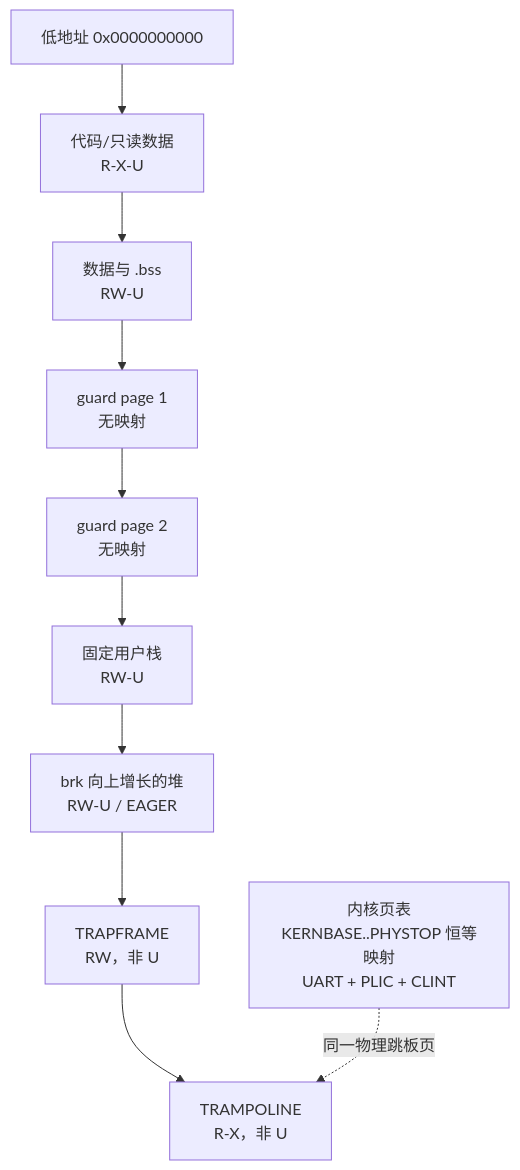
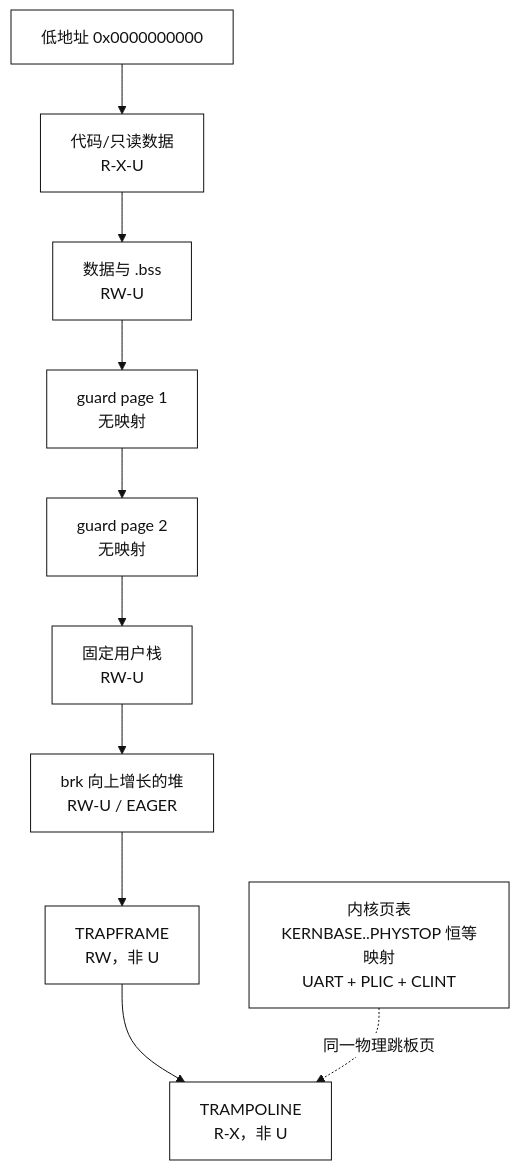
The diagram in doc/lab3/images/lab3-address-space.mmd (hoyuand/2024302111427), drawn with Mermaid before and after one commit. The commit also changed 9 other files, not shown here.

Commit message:
Lab3：优化实验图示并补充真实终端证据

```diff
--- a/doc/lab3/images/lab3-address-space.mmd
+++ b/doc/lab3/images/lab3-address-space.mmd
@@ -1,10 +1,11 @@
+%%{init: {"theme":"base","themeVariables":{"primaryColor":"#ffffff","primaryTextColor":"#111111","primaryBorderColor":"#111111","lineColor":"#111111","secondaryColor":"#ffffff","tertiaryColor":"#ffffff"}}}%%
 flowchart TB
   A[低地址 0x0000000000] --> B[代码/只读数据<br/>R-X-U]
   B --> C[数据与 .bss<br/>RW-U]
   C --> G1[guard page 1<br/>无映射]
   G1 --> G2[guard page 2<br/>无映射]
   G2 --> S[固定用户栈<br/>RW-U]
   S --> H[brk 向上增长的堆<br/>RW-U / EAGER]
   H --> T[TRAPFRAME<br/>RW，非 U]
   T --> R[TRAMPOLINE<br/>R-X，非 U]
   N[内核页表<br/>KERNBASE..PHYSTOP 恒等映射<br/>UART + PLIC + CLINT] -.同一物理跳板页.-> R
```
